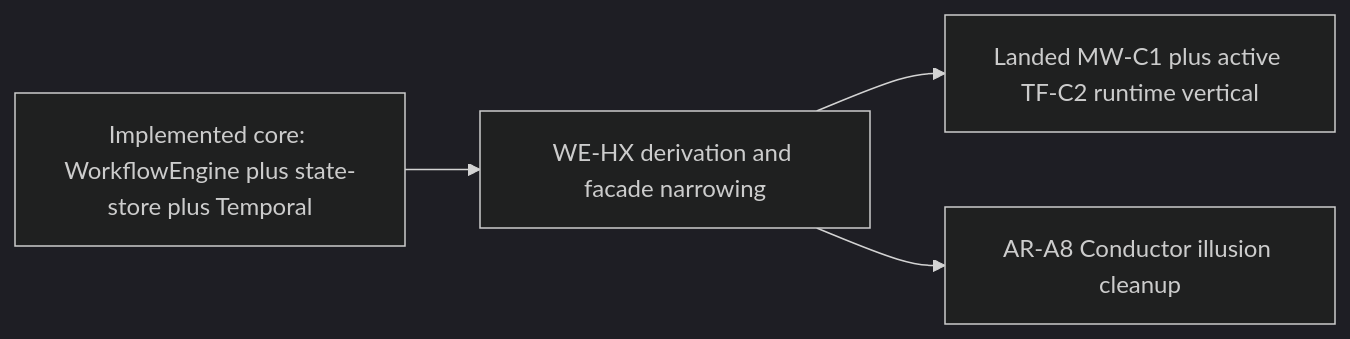
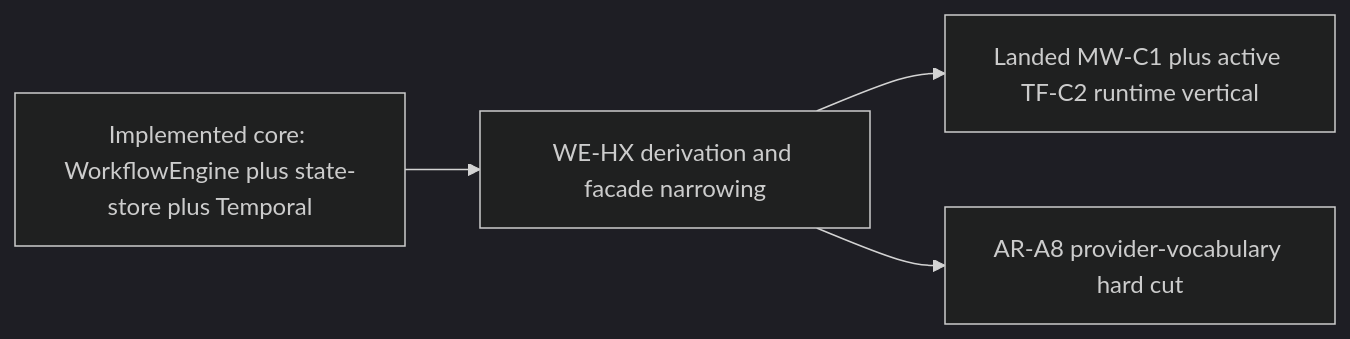
The fifth of 5 diagrams in docs/architecture/components/engine/architecture/c4-engine.md (dunay2/dvt), drawn with Mermaid (dark theme) before and after one commit. The commit also changed other lines of this file and 82 other files, not shown here.

Commit message:
fix(contracts): Hard-cut runtime provider vocabulary to Temporal

````diff
--- a/docs/architecture/components/engine/architecture/c4-engine.md
+++ b/docs/architecture/components/engine/architecture/c4-engine.md
@@ -207,6 +207,6 @@
 ```mermaid
 flowchart LR
   Core["Implemented core: WorkflowEngine plus state-store plus Temporal"] --> Hex["WE-HX derivation and facade narrowing"]
   Hex --> Runtime["Landed MW-C1 plus active TF-C2 runtime vertical"]
-  Hex --> Cleanup["AR-A8 Conductor illusion cleanup"]
+  Hex --> Cleanup["AR-A8 provider-vocabulary hard cut"]
 ```
````
